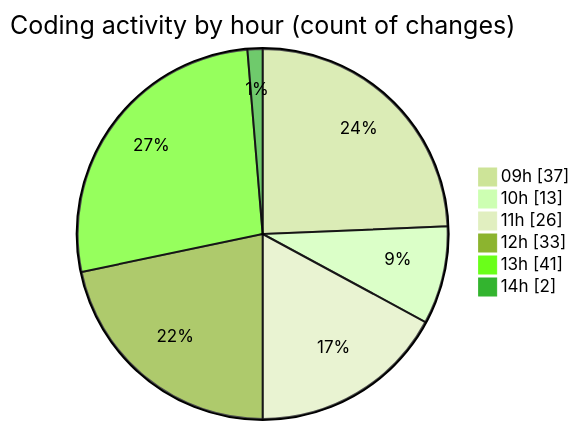
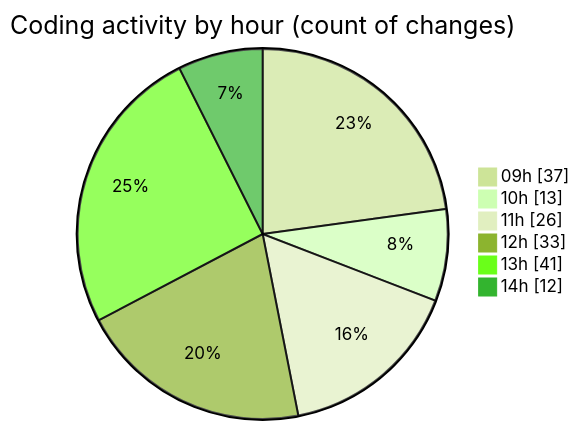
One commit to momahboobian/code-tracking changed the second of 2 diagrams in 2026-04-23/cda/README.md. Above: the diagram before and after it, drawn with Mermaid (forest theme). The commit also changed other lines of this file and 1 other file, not shown here.

````diff
--- a/2026-04-23/cda/README.md
+++ b/2026-04-23/cda/README.md
@@ -53,10 +53,10 @@
 ```mermaid
 pie showData
 title Coding activity by hour (count of changes)
 "09h" : 37
 "10h" : 13
 "11h" : 26
 "12h" : 33
 "13h" : 41
-"14h" : 2
+"14h" : 12
 ```
````
